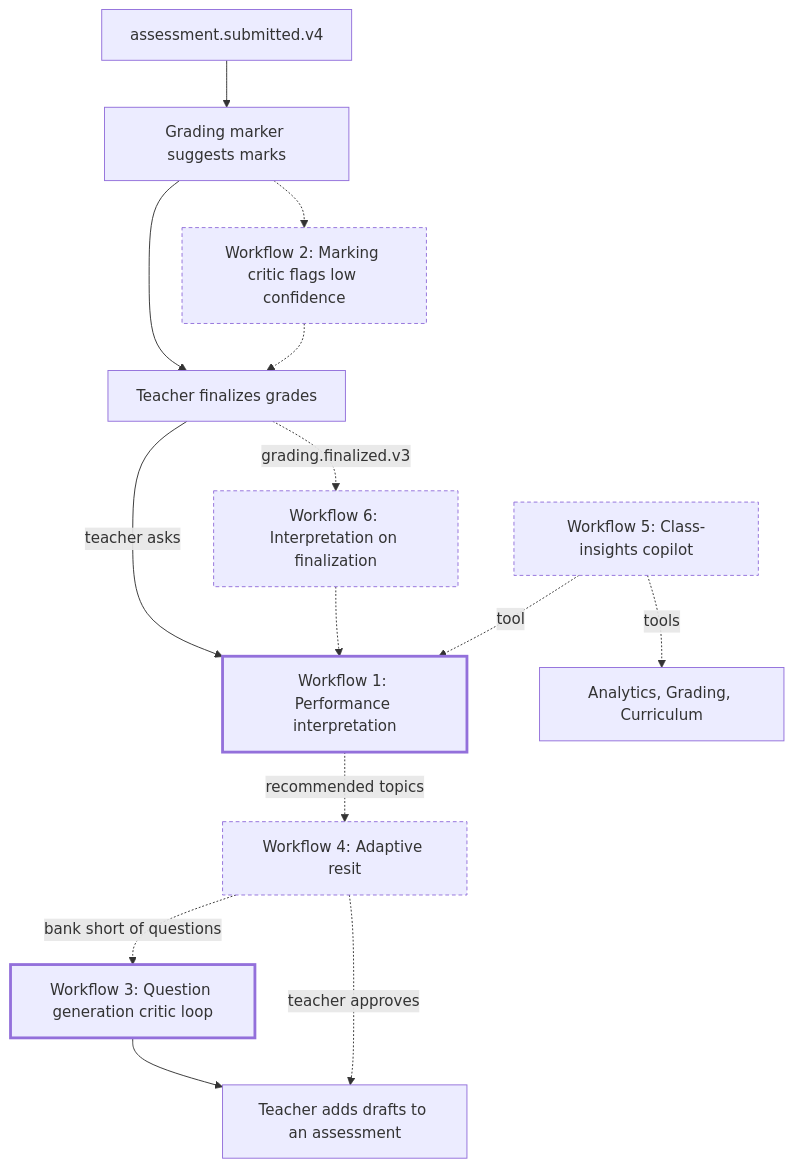
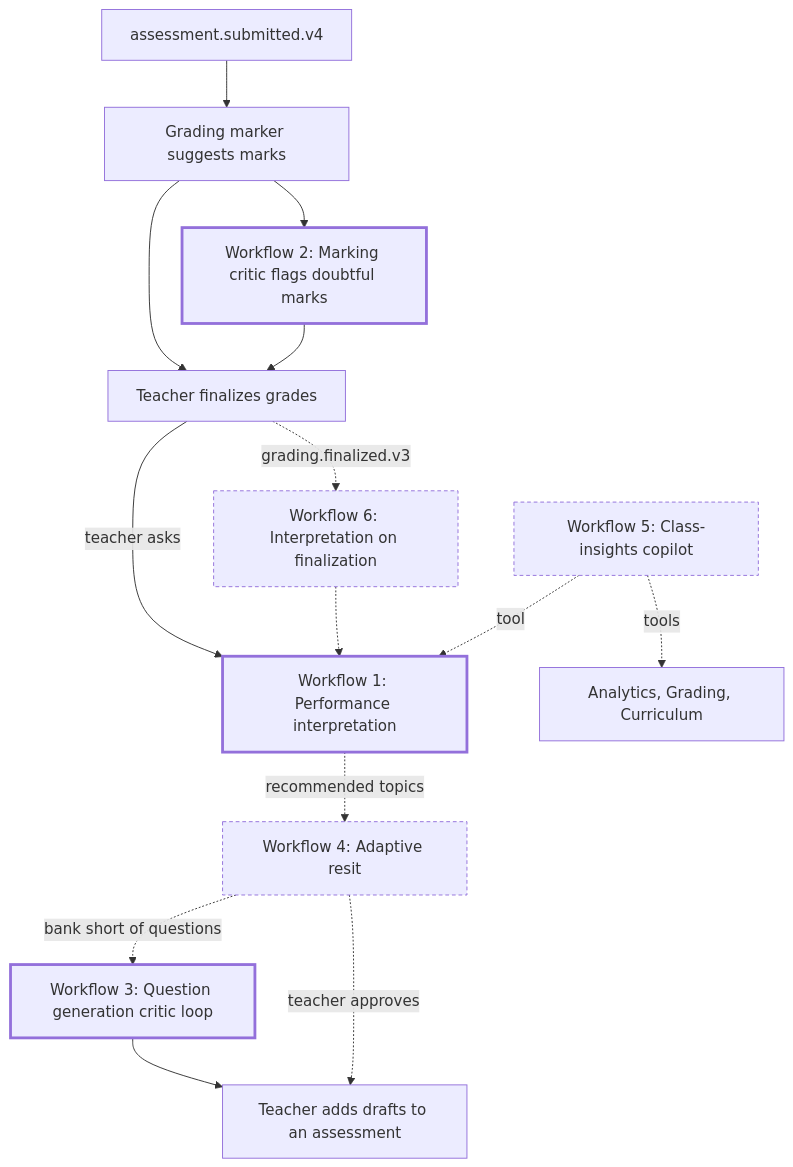
Before and after one commit to Naren3333/FSD_2026: the first of 7 diagrams in docs/architecture/agentic-workflows.md, drawn with Mermaid. The commit also changed other lines of this file and 33 other files, not shown here.

Commit message:
Add a blind second AI marking that checks every ready suggestion, flags doubtful ones in the review queue and finalize dialogs, and counts them in ready_doubtful

````diff
--- a/docs/architecture/agentic-workflows.md
+++ b/docs/architecture/agentic-workflows.md
@@ -16,20 +16,20 @@
 ```mermaid
 flowchart TB
   Submit[assessment.submitted.v4] --> Marker[Grading marker suggests marks]
-  Marker -.-> W2[Workflow 2: Marking critic flags low confidence]
+  Marker --> W2[Workflow 2: Marking critic flags doubtful marks]
   Marker --> Final[Teacher finalizes grades]
-  W2 -.-> Final
+  W2 --> Final
   Final -->|teacher asks| W1[Workflow 1: Performance interpretation]
   Final -.->|grading.finalized.v3| W6[Workflow 6: Interpretation on finalization]
   W6 -.-> W1
   W1 -.->|recommended topics| W4[Workflow 4: Adaptive resit]
   W4 -.->|bank short of questions| W3[Workflow 3: Question generation critic loop]
   W3 --> Editor[Teacher adds drafts to an assessment]
   W4 -.->|teacher approves| Editor
   W5[Workflow 5: Class-insights copilot] -.->|tool| W1
   W5 -.->|tools| Data[Analytics, Grading, Curriculum]
   classDef built stroke-width:3px
   classDef proposed stroke-dasharray:4 3
-  class W1,W3 built;
-  class W2,W4,W5,W6 proposed;
+  class W1,W2,W3 built;
+  class W4,W5,W6 proposed;
 ```
````
